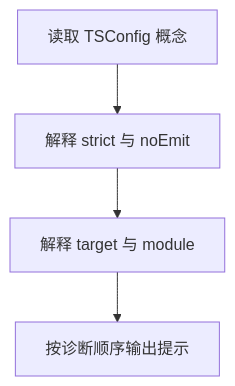
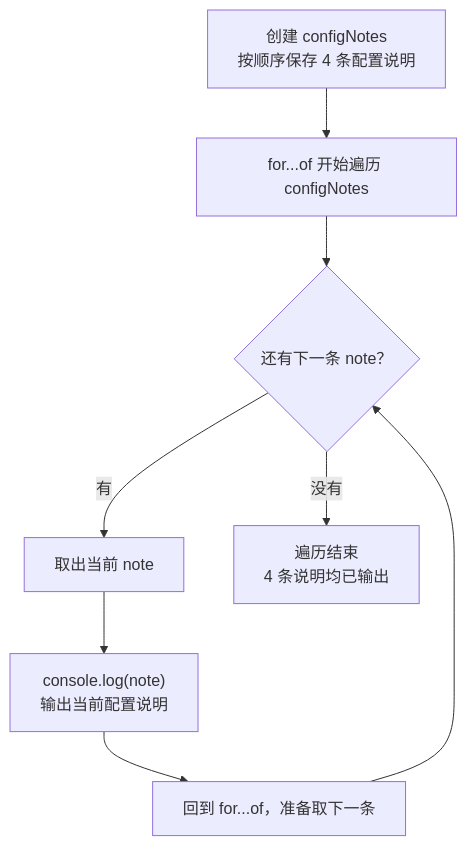
One commit to zoran-sid/Typescript_practice changed the diagram in beginner/docs/day23/README.md. Above: the diagram before and after it, drawn with Mermaid. The commit also changed 56 other files, not shown here.

````diff
--- a/beginner/docs/day23/README.md
+++ b/beginner/docs/day23/README.md
@@ -61,7 +61,10 @@
 ```mermaid
 flowchart TD
-  A["读取 TSConfig 概念"] --> B
-  B["解释 strict 与 noEmit"] --> C
-  C["解释 target 与 module"] --> D
-  D["按诊断顺序输出提示"]
+  A["创建 configNotes<br/>按顺序保存 4 条配置说明"] --> B["for...of 开始遍历 configNotes"]
+  B --> C{"还有下一条 note？"}
+  C -->|"有"| D["取出当前 note"]
+  D --> E["console.log(note)<br/>输出当前配置说明"]
+  E --> F["回到 for...of，准备取下一条"]
+  F --> C
+  C -->|"没有"| G["遍历结束<br/>4 条说明均已输出"]
 ```
````
